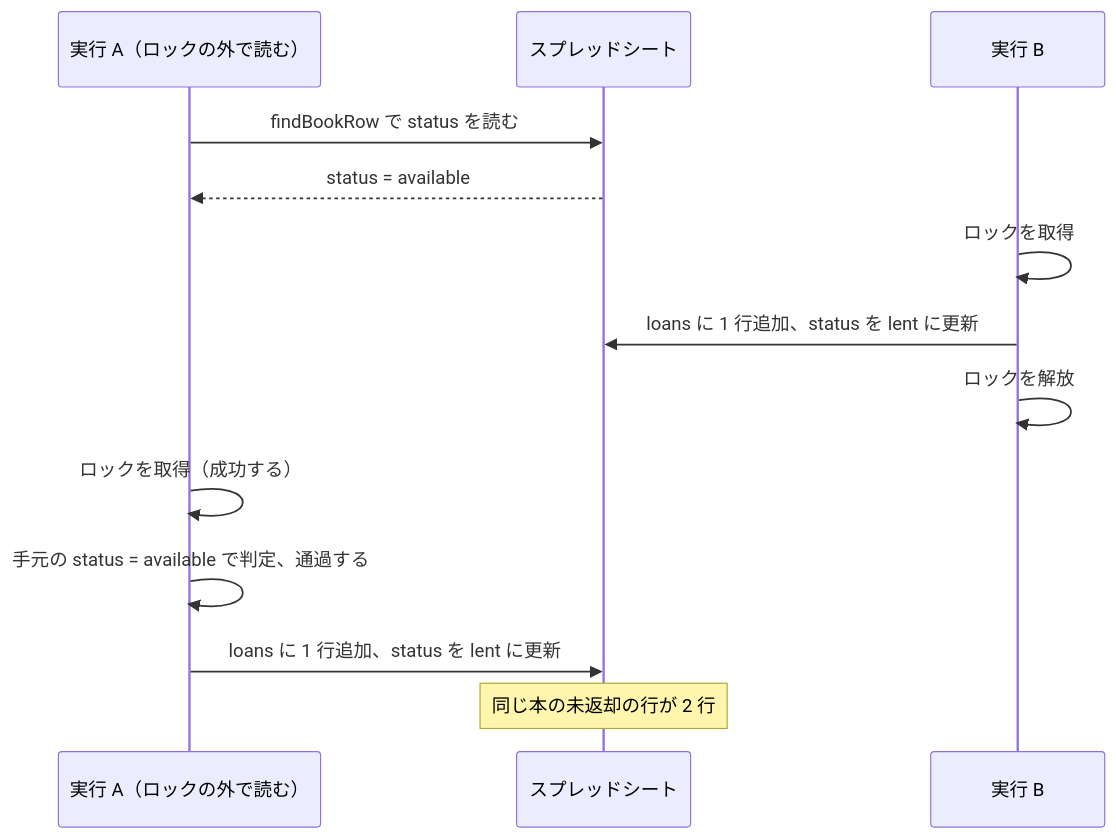
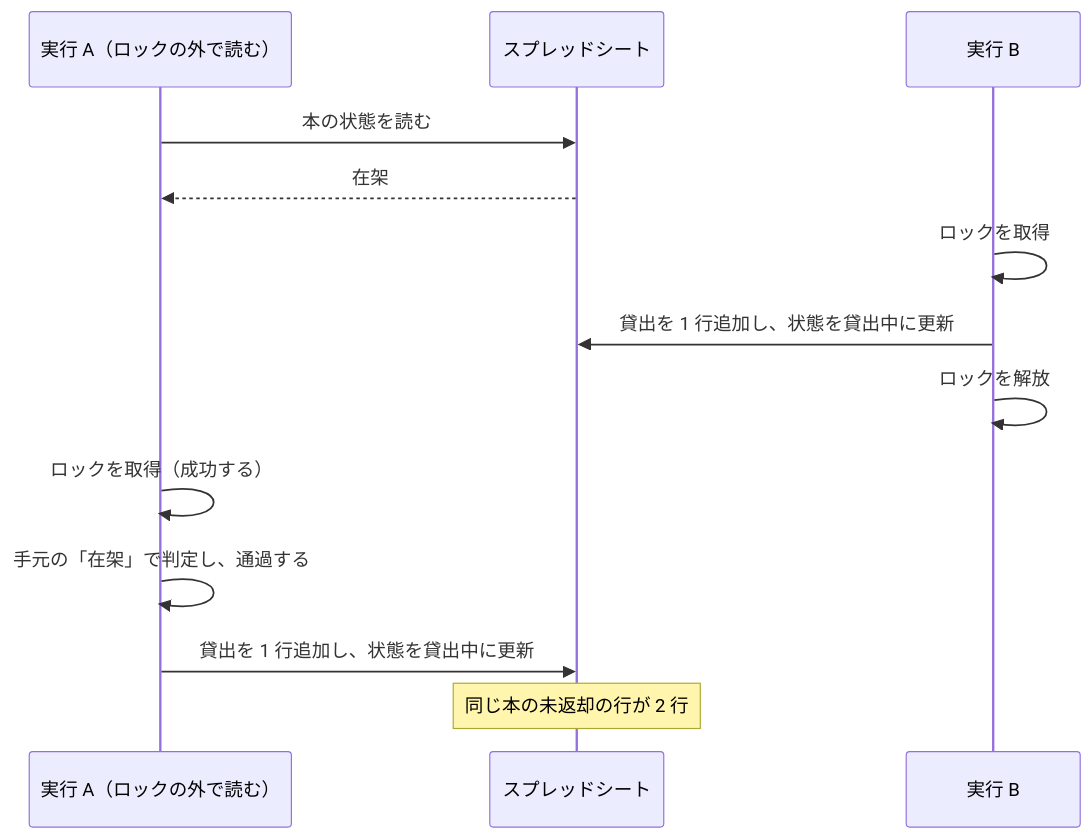
Before and after one commit to Suntory-N-Water/sui-blog: the diagram in contents/blog/2026-09-10_gas-lockservice-exclusive-control.md, drawn with Mermaid. The commit also changed other lines of this file, not shown here.

````diff
--- a/contents/blog/2026-09-10_gas-lockservice-exclusive-control.md
+++ b/contents/blog/2026-09-10_gas-lockservice-exclusive-control.md
@@ -150,15 +28,15 @@
 ```mermaid
 sequenceDiagram
     participant A as 実行 A（ロックの外で読む）
     participant S as スプレッドシート
     participant B as 実行 B
-    A->>S: findBookRow で status を読む
-    S-->>A: status = available
+    A->>S: 本の状態を読む
+    S-->>A: 在架
     B->>B: ロックを取得
-    B->>S: loans に 1 行追加、status を lent に更新
+    B->>S: 貸出を 1 行追加し、状態を貸出中に更新
     B->>B: ロックを解放
     A->>A: ロックを取得（成功する）
-    A->>A: 手元の status = available で判定、通過する
-    A->>S: loans に 1 行追加、status を lent に更新
+    A->>A: 手元の「在架」で判定し、通過する
+    A->>S: 貸出を 1 行追加し、状態を貸出中に更新
     Note over S: 同じ本の未返却の行が 2 行
 ```
````
